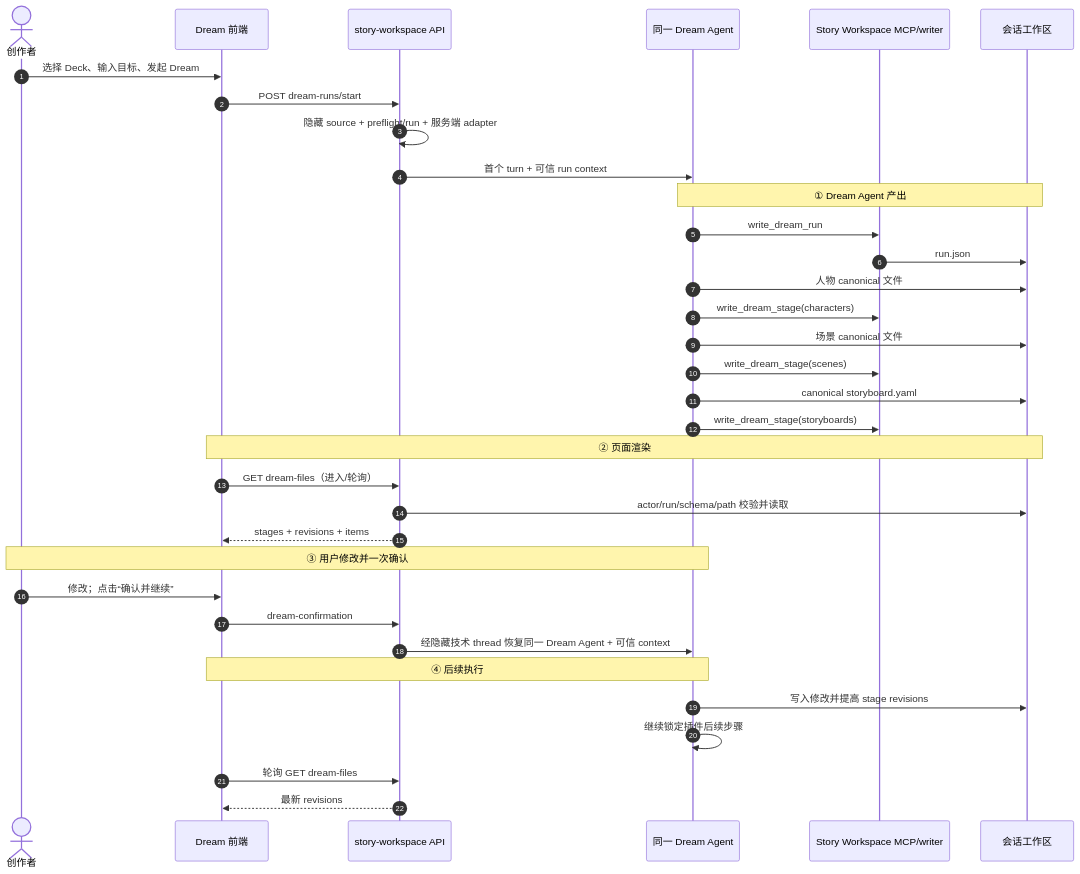
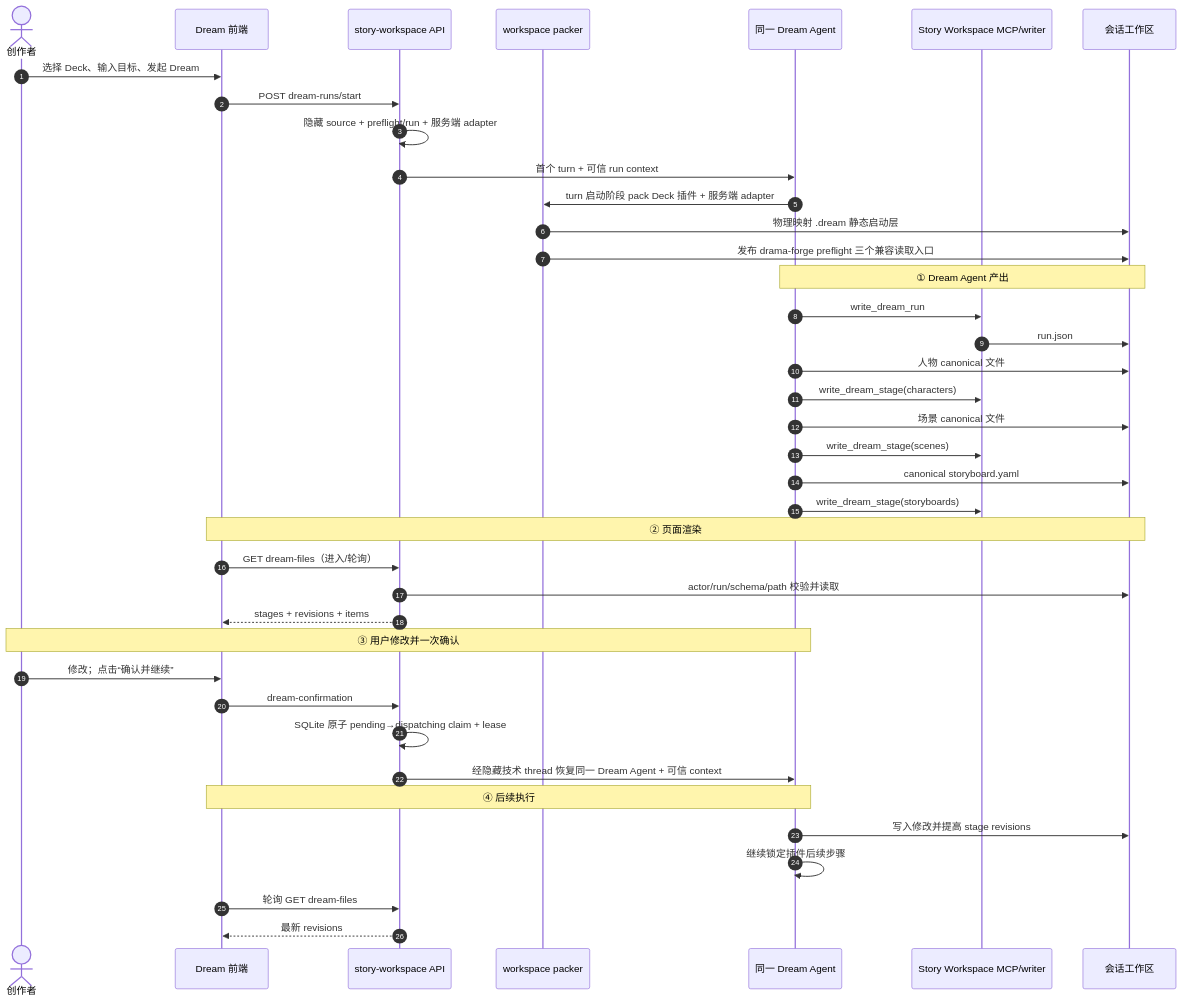
Before and after one commit to glide-the/im-dream: the sixth of 6 diagrams in docs/design/story-workspace/design_005_dream-module-dataflow-and-sequence.md, drawn with Mermaid. The commit also changed other lines of this file and 3 other files, not shown here.

Commit message:
docs(story-workspace): record Dream writer acceptance

````diff
--- a/docs/design/story-workspace/design_005_dream-module-dataflow-and-sequence.md
+++ b/docs/design/story-workspace/design_005_dream-module-dataflow-and-sequence.md
@@ -281,41 +286,46 @@
 ```mermaid
 sequenceDiagram
     autonumber
     actor U as 创作者
     participant FE as Dream 前端
     participant API as story-workspace API
+    participant PK as workspace packer
     participant DA as 同一 Dream Agent
     participant MCP as Story Workspace MCP/writer
     participant FS as 会话工作区
 
     U->>FE: 选择 Deck、输入目标、发起 Dream
     FE->>API: POST dream-runs/start
     API->>API: 隐藏 source + preflight/run + 服务端 adapter
     API->>DA: 首个 turn + 可信 run context
+    DA->>PK: turn 启动阶段 pack Deck 插件 + 服务端 adapter
+    PK->>FS: 物理映射 .dream 静态启动层
+    PK->>FS: 发布 drama-forge preflight 三个兼容读取入口
 
     Note over DA,FS: ① Dream Agent 产出
     DA->>MCP: write_dream_run
     MCP->>FS: run.json
     DA->>FS: 人物 canonical 文件
     DA->>MCP: write_dream_stage(characters)
     DA->>FS: 场景 canonical 文件
     DA->>MCP: write_dream_stage(scenes)
     DA->>FS: canonical storyboard.yaml
     DA->>MCP: write_dream_stage(storyboards)
 
     Note over FE,FS: ② 页面渲染
     FE->>API: GET dream-files（进入/轮询）
     API->>FS: actor/run/schema/path 校验并读取
     API-->>FE: stages + revisions + items
 
     Note over U,DA: ③ 用户修改并一次确认
     U->>FE: 修改；点击“确认并继续”
     FE->>API: dream-confirmation
+    API->>API: SQLite 原子 pending→dispatching claim + lease
     API->>DA: 经隐藏技术 thread 恢复同一 Dream Agent + 可信 context
 
     Note over DA,FE: ④ 后续执行
     DA->>FS: 写入修改并提高 stage revisions
     DA->>DA: 继续锁定插件后续步骤
     FE->>API: 轮询 GET dream-files
     API-->>FE: 最新 revisions
 ```
````
